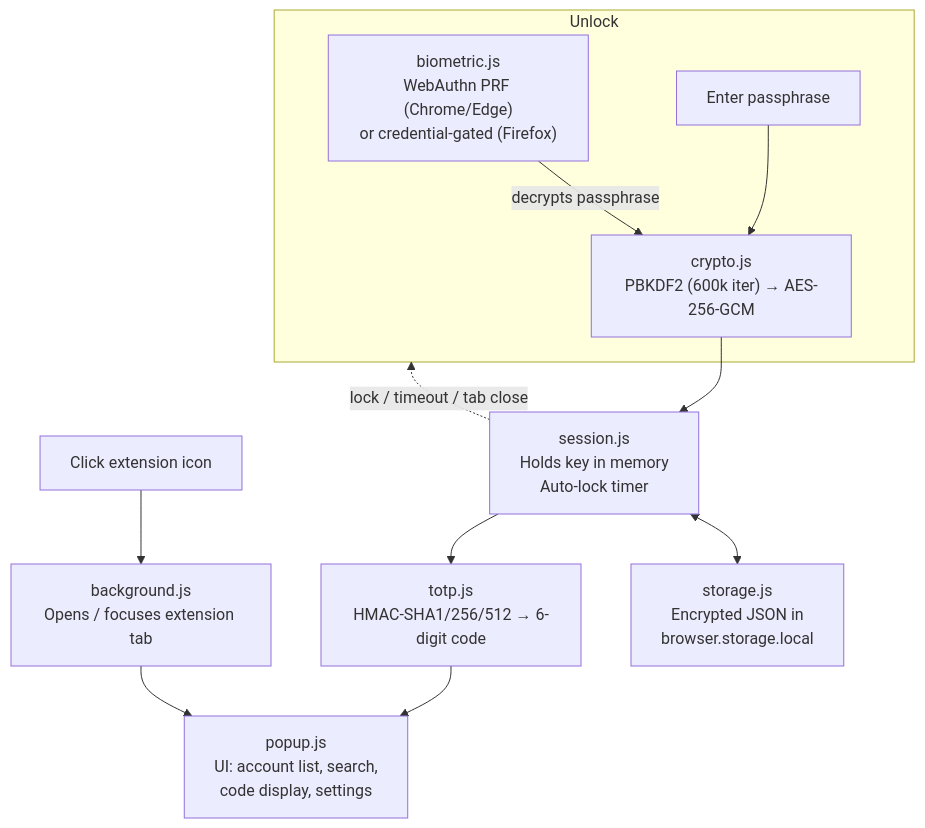
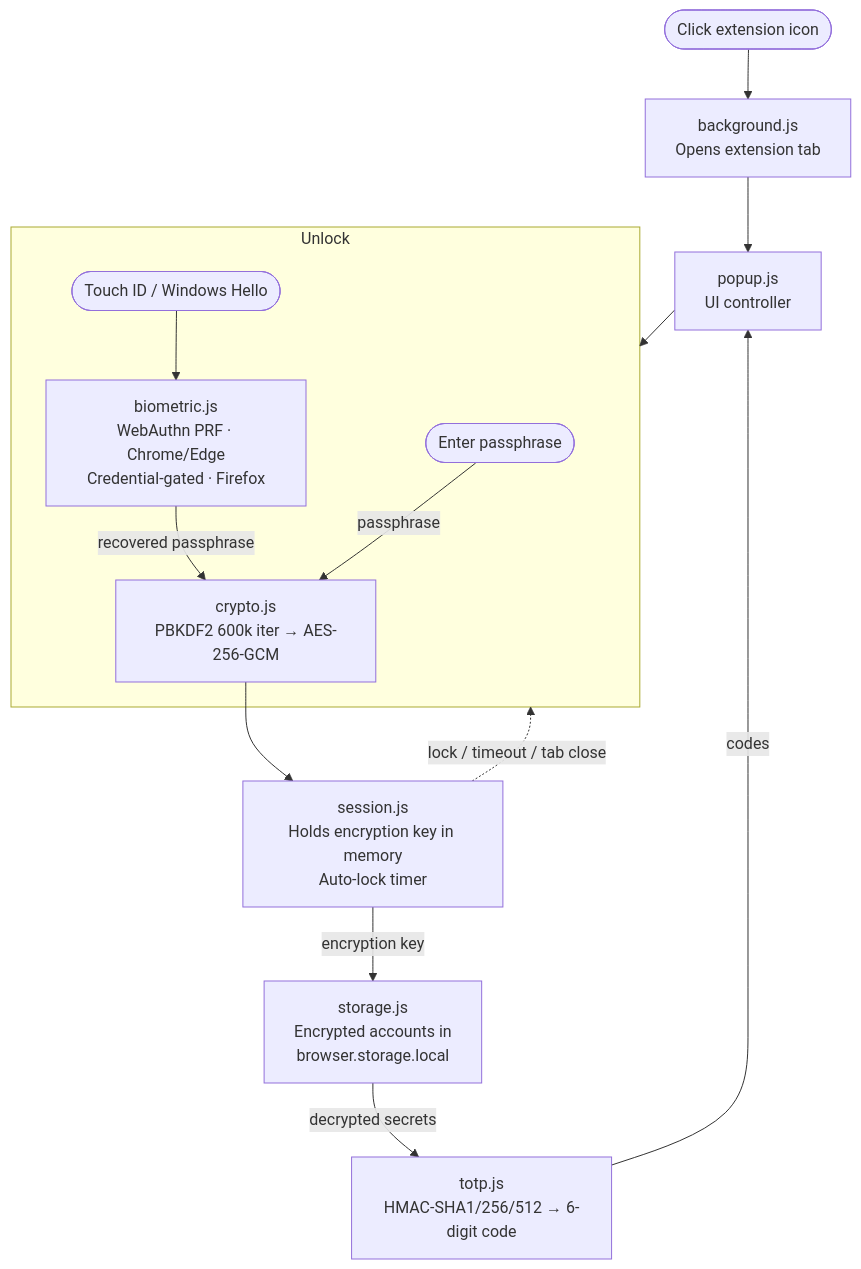
One commit to ulyngs/redd-phone-free-2fa changed the diagram in README.md. Above: the diagram before and after it, drawn with Mermaid.

Commit message:
make the mermaid diagram actually explain what's going on

````diff
--- a/README.md
+++ b/README.md
@@ -47,19 +47,18 @@
 ```mermaid
 flowchart TD
-    click["Click extension icon"] --> background.js["background.js\nOpens / focuses extension tab"]
-    background.js --> popup.js
+    click(["Click extension icon"]) --> background.js["background.js<br>Opens extension tab"]
+    background.js --> popup.js["popup.js<br>UI controller"]
+    popup.js --> Unlock
 
-    subgraph "Unlock"
-        biometric.js["biometric.js\nWebAuthn PRF (Chrome/Edge)\nor credential-gated (Firefox)"] --> |decrypts passphrase| crypto.js
-        passphrase["Enter passphrase"] --> crypto.js["crypto.js\nPBKDF2 (600k iter) → AES-256-GCM"]
+    subgraph Unlock
+        passphrase(["Enter passphrase"]) --> |"passphrase"| crypto.js["crypto.js<br>PBKDF2 600k iter → AES-256-GCM"]
+        touchid(["Touch ID / Windows Hello"]) --> biometric.js["biometric.js<br>WebAuthn PRF · Chrome/Edge<br>Credential-gated · Firefox"] --> |"recovered passphrase"| crypto.js
     end
 
-    crypto.js --> session.js["session.js\nHolds key in memory\nAuto-lock timer"]
-
-    session.js <--> storage.js["storage.js\nEncrypted JSON in\nbrowser.storage.local"]
-
-    session.js --> totp.js["totp.js\nHMAC-SHA1/256/512 → 6-digit code"]
-    totp.js --> popup.js["popup.js\nUI: account list, search,\ncode display, settings"]
+    crypto.js --> session.js["session.js<br>Holds encryption key in memory<br>Auto-lock timer"]
+    session.js --> |"encryption key"| storage.js["storage.js<br>Encrypted accounts in<br>browser.storage.local"]
+    storage.js --> |"decrypted secrets"| totp.js["totp.js<br>HMAC-SHA1/256/512 → 6-digit code"]
+    totp.js --> |"codes"| popup.js
 
     session.js -. "lock / timeout / tab close" .-> Unlock
 ```
````
